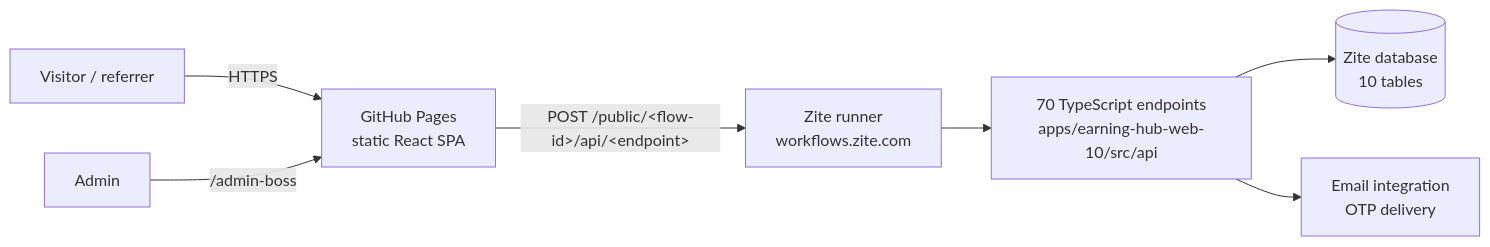
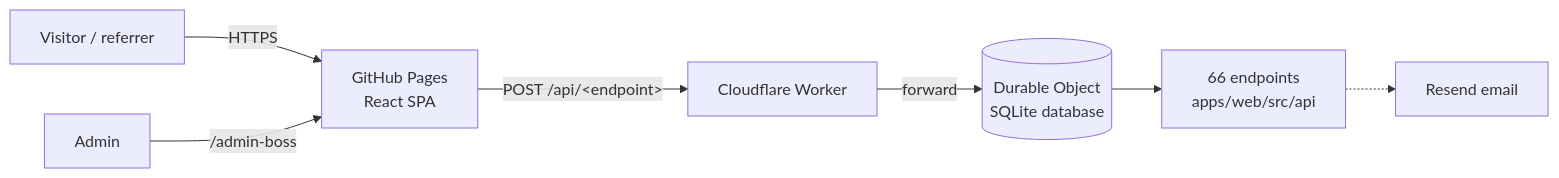
The diagram in docs/ARCHITECTURE.md (class902/Earninghub), drawn with Mermaid before and after one commit. The commit also changed other lines of this file and 347 other files, not shown here.

First line of the commit message:
Self-host the backend: Cloudflare Worker API + SQLite, remove Zite dependency

````diff
--- a/docs/ARCHITECTURE.md
+++ b/docs/ARCHITECTURE.md
@@ -5,9 +5,9 @@
 ```mermaid
 flowchart LR
-  U[Visitor / referrer] -->|HTTPS| P[GitHub Pages<br/>static React SPA]
+  U[Visitor / referrer] -->|HTTPS| P[GitHub Pages<br/>React SPA]
   A[Admin] -->|/admin-boss| P
-  P -->|POST /public/&lt;flow-id&gt;/api/&lt;endpoint&gt;| R[Zite runner<br/>workflows.zite.com]
-  R --> E[70 TypeScript endpoints<br/>apps/earning-hub-web-10/src/api]
-  E --> D[(Zite database<br/>10 tables)]
-  E --> M[Email integration<br/>OTP delivery]
+  P -->|POST /api/&lt;endpoint&gt;| W[Cloudflare Worker]
+  W -->|forward| DO[(Durable Object<br/>SQLite database)]
+  DO --> E[66 endpoints<br/>apps/web/src/api]
+  E -.-> M[Resend email]
 ```
````
